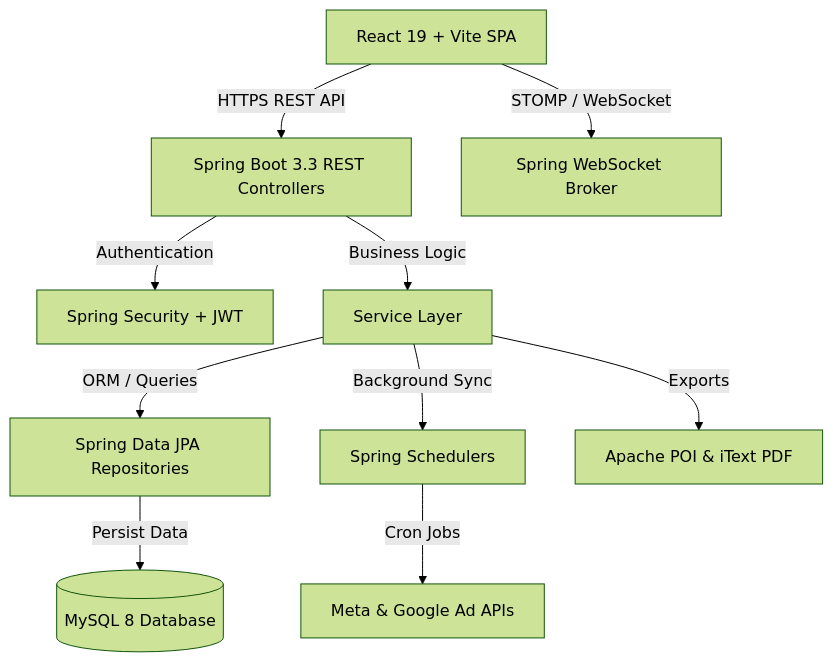
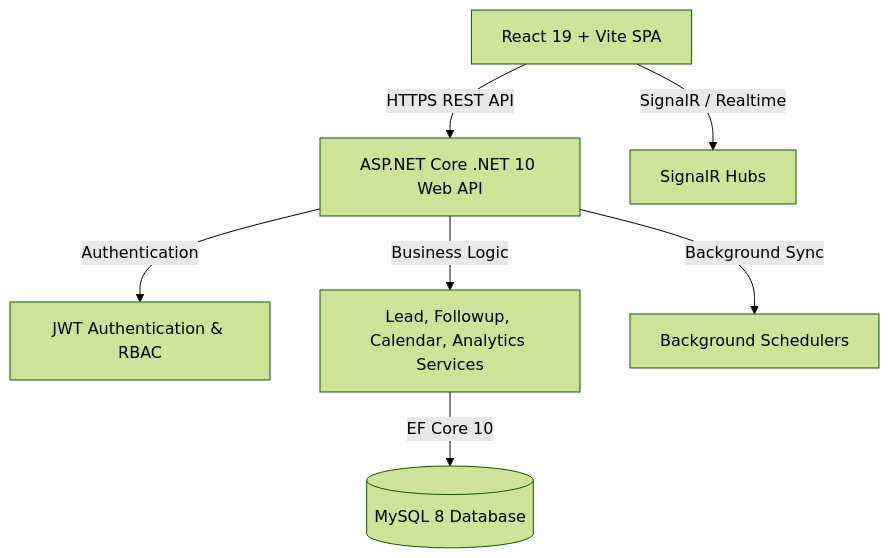
One commit to irauthan/LeadGrowth changed the diagram in README.md. Above: the diagram before and after it, drawn with Mermaid (forest theme). The commit also changed other lines of this file and 43 other files, not shown here.

Commit message:
Update followup calendar and work management Campaign

````diff
--- a/README.md
+++ b/README.md
@@ -107,16 +111,12 @@
 ```mermaid
 graph TD
-    Client[React 19 + Vite SPA] -->|HTTPS REST API| Controller[Spring Boot 3.3 REST Controllers]
-    Client -->|STOMP / WebSocket| WS[Spring WebSocket Broker]
+    Client[React 19 + Vite SPA] -->|HTTPS REST API| DotNetAPI[ASP.NET Core .NET 10 Web API]
+    Client -->|SignalR / Realtime| Hubs[SignalR Hubs]
     
-    Controller -->|Authentication| Sec[Spring Security + JWT]
-    Controller -->|Business Logic| Service[Service Layer]
+    DotNetAPI -->|Authentication| Sec[JWT Authentication & RBAC]
+    DotNetAPI -->|Business Logic| Services[Lead, Followup, Calendar, Analytics Services]
     
-    Service -->|ORM / Queries| Repo[Spring Data JPA Repositories]
-    Repo -->|Persist Data| DB[(MySQL 8 Database)]
+    Services -->|EF Core 10| DB[(MySQL 8 Database)]
     
-    Service -->|Background Sync| Sched[Spring Schedulers]
-    Sched -->|Cron Jobs| External[Meta & Google Ad APIs]
-    
-    Service -->|Exports| POI[Apache POI & iText PDF]
+    DotNetAPI -->|Background Sync| Sched[Background Schedulers]
 ```
````
